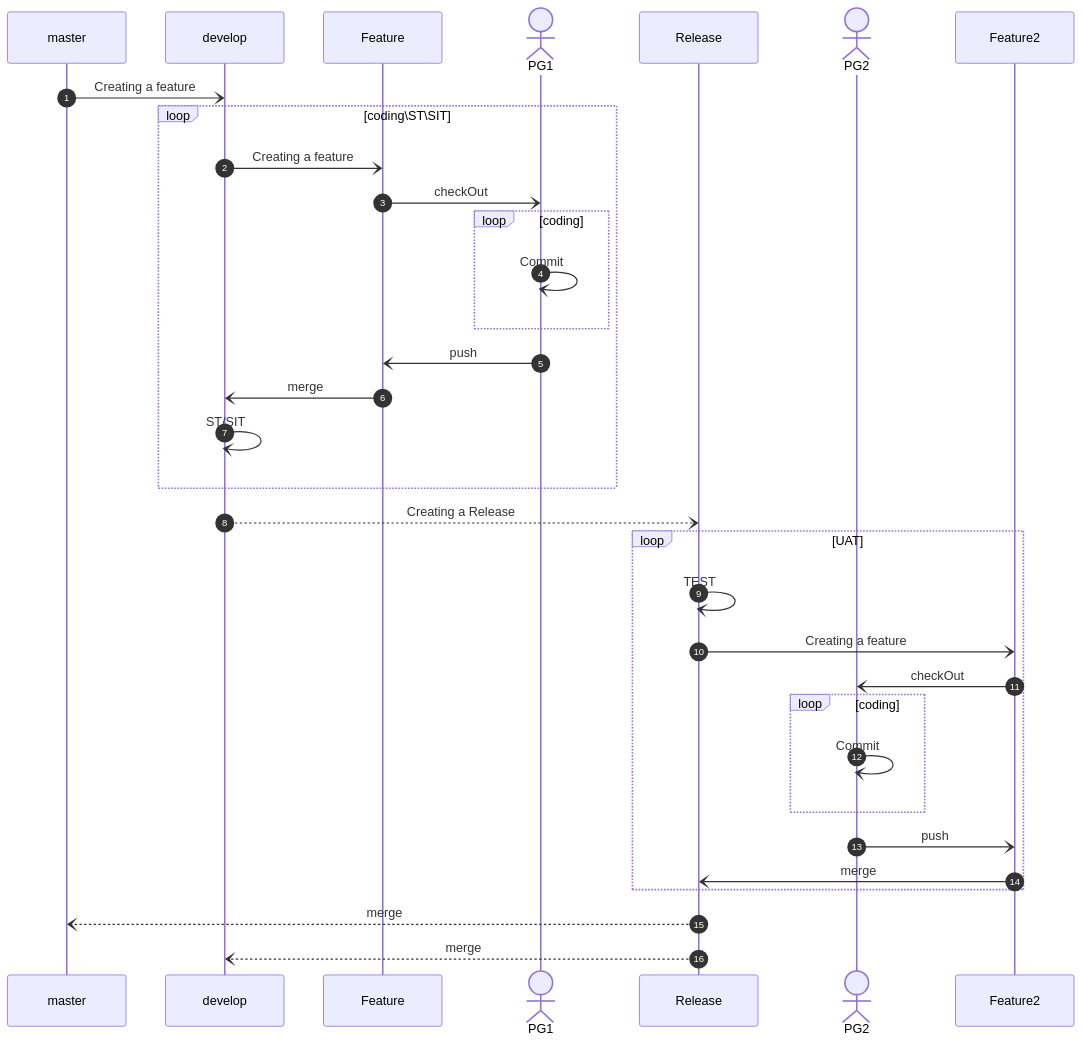
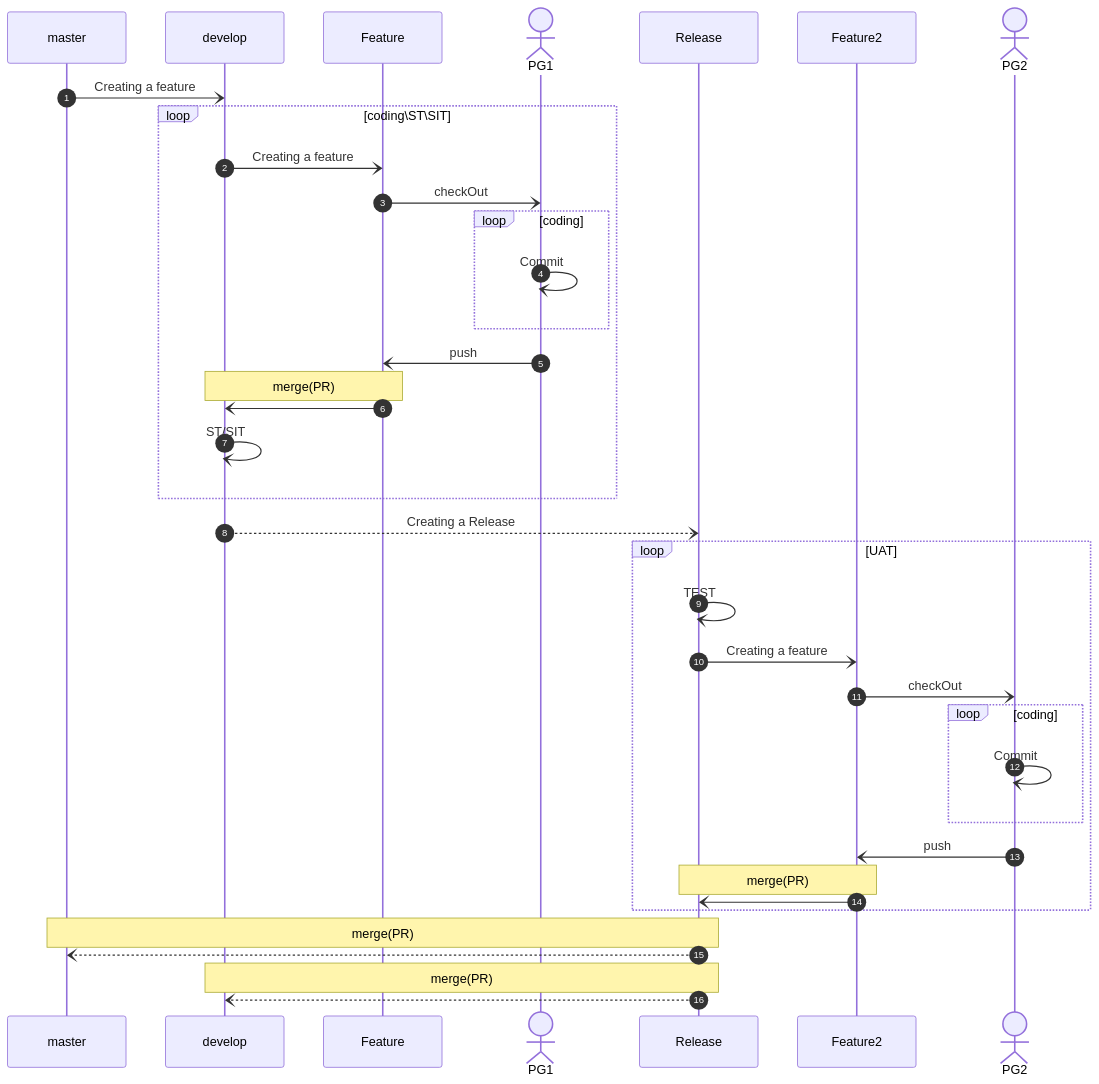
Before and after one commit to robbin0919/GITLAB: the diagram in branching-strategy/A_successful_Git_branching_model.md, drawn with Mermaid.

Commit message:
加上PR標示

````diff
--- a/branching-strategy/A_successful_Git_branching_model.md
+++ b/branching-strategy/A_successful_Git_branching_model.md
@@ -9,33 +9,42 @@
 ```mermaid
+
  sequenceDiagram
     autonumber
+    participant  master
+    participant  develop
+    participant  Feature
+    actor PG1
+    participant  Release
+    participant  Feature2
+    actor PG2
 
-    master-) develop:Creating a feature
+    master -) develop:Creating a feature
      loop coding\ST\SIT
-    develop-)Feature: Creating a feature  
-    actor PG1
+    develop -)Feature: Creating a feature  
     Feature -)PG1: checkOut
     loop coding
     PG1 -)PG1: Commit
     end
     PG1 -) Feature:push 
-    Feature -)develop: merge
+    Note over develop,Feature:merge(PR)     
+    Feature -)develop:  
     develop-)develop: ST/SIT  
     end     
     develop--)Release: Creating a Release
    loop UAT 
     Release -)Release: TEST
-
-    actor PG2
-    Release-)Feature2: Creating a feature  
+    Release -)Feature2: Creating a feature  
     Feature2 -)PG2: checkOut
     loop coding
     PG2 -)PG2: Commit
     end
     PG2 -) Feature2:push 
-    Feature2 -) Release:merge 
+    Note over Release,Feature2:merge(PR) 
+    Feature2 -) Release: 
     end
-    Release --)master: merge
-    Release --)develop: merge
-   
+    Note over Release,master:merge(PR) 
+    Release --)master: 
+    Note over Release,develop:merge(PR) 
+    Release --)develop : 
+
 ``` 
````
